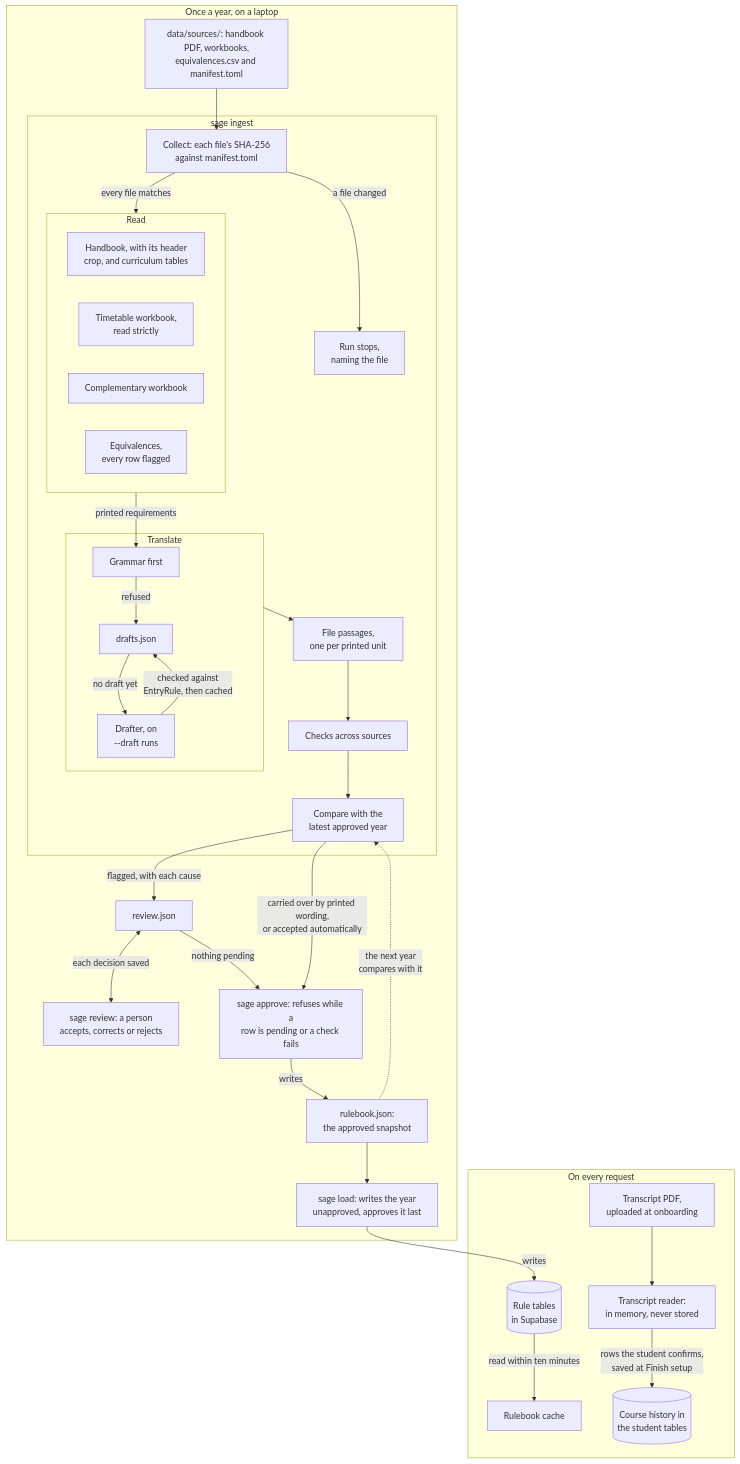
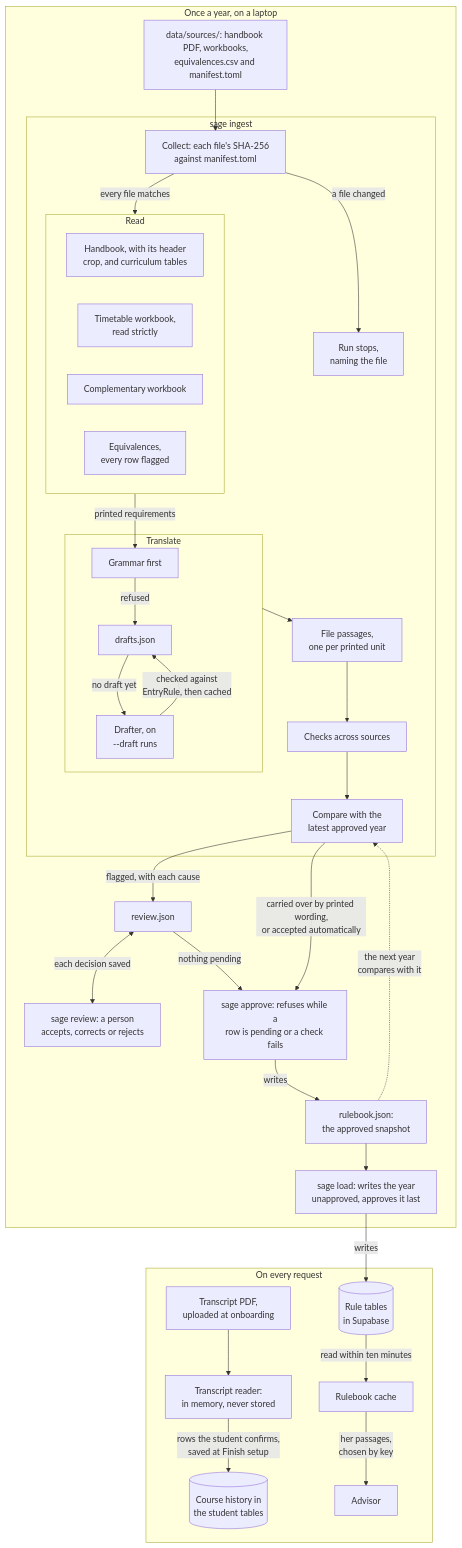
One commit to BumeMxenge/SAGE changed the third of 3 diagrams in docs/architecture.md. Above: the diagram before and after it, drawn with Mermaid. The commit also changed other lines of this file and 5 other files, not shown here.

````diff
--- a/docs/architecture.md
+++ b/docs/architecture.md
@@ -115,58 +117,60 @@
 ```mermaid
 flowchart TB
     subgraph laptop["Once a year, on a laptop"]
         sources["data/sources/: handbook PDF, workbooks,<br>equivalences.csv and manifest.toml"]
         subgraph ingest["sage ingest"]
             collect["Collect: each file's SHA-256<br>against manifest.toml"]
             stopped["Run stops,<br>naming the file"]
             subgraph read["Read"]
                 handbook["Handbook, with its header<br>crop, and curriculum tables"]
                 timetable["Timetable workbook,<br>read strictly"]
                 workbook["Complementary workbook"]
                 equivalences["Equivalences,<br>every row flagged"]
             end
             subgraph translate["Translate"]
                 grammar["Grammar first"]
                 drafts["drafts.json"]
                 drafter["Drafter, on<br>--draft runs"]
             end
             passages["File passages,<br>one per printed unit"]
             checks["Checks across sources"]
             compare["Compare with the<br>latest approved year"]
         end
         reviewFile["review.json"]
         review["sage review: a person<br>accepts, corrects or rejects"]
         approve["sage approve: refuses while a<br>row is pending or a check fails"]
         snapshot["rulebook.json:<br>the approved snapshot"]
         load["sage load: writes the year<br>unapproved, approves it last"]
     end
     subgraph cloud["On every request"]
         tables[("Rule tables<br>in Supabase")]
         cache["Rulebook cache"]
         upload["Transcript PDF,<br>uploaded at onboarding"]
         reader["Transcript reader:<br>in memory, never stored"]
         history[("Course history in<br>the student tables")]
+        advisorFlow["Advisor"]
     end
 
     sources --> collect
     collect -->|"a file changed"| stopped
     collect -->|"every file matches"| read
     read -->|"printed requirements"| grammar
     grammar -->|"refused"| drafts
     drafts -->|"no draft yet"| drafter
     drafter -->|"checked against<br>EntryRule, then cached"| drafts
     translate --> passages
     passages --> checks
     checks --> compare
     compare -->|"flagged, with each cause"| reviewFile
     reviewFile <-->|"each decision saved"| review
     reviewFile -->|"nothing pending"| approve
     compare -->|"carried over by printed wording,<br>or accepted automatically"| approve
     approve -->|"writes"| snapshot
     snapshot -.->|"the next year<br>compares with it"| compare
     snapshot --> load
     load -->|"writes"| tables
     tables -->|"read within ten minutes"| cache
+    cache -->|"her passages,<br>chosen by key"| advisorFlow
     upload --> reader
     reader -->|"rows the student confirms,<br>saved at Finish setup"| history
 ```
````
